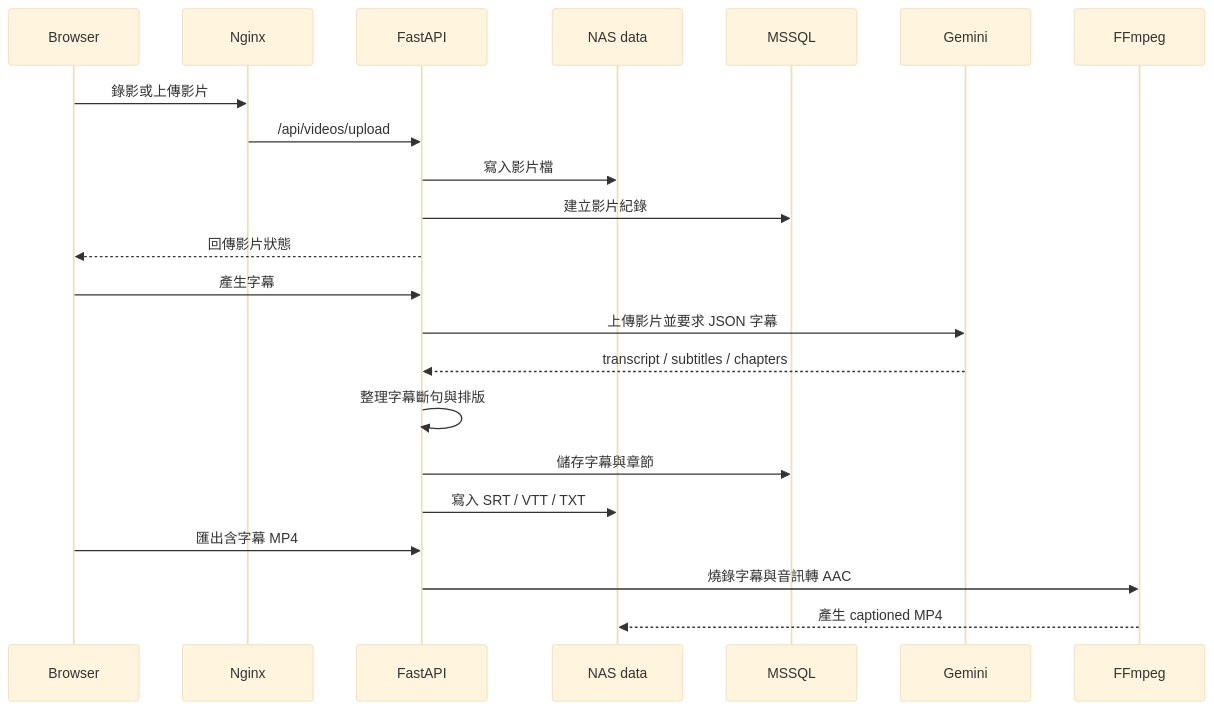
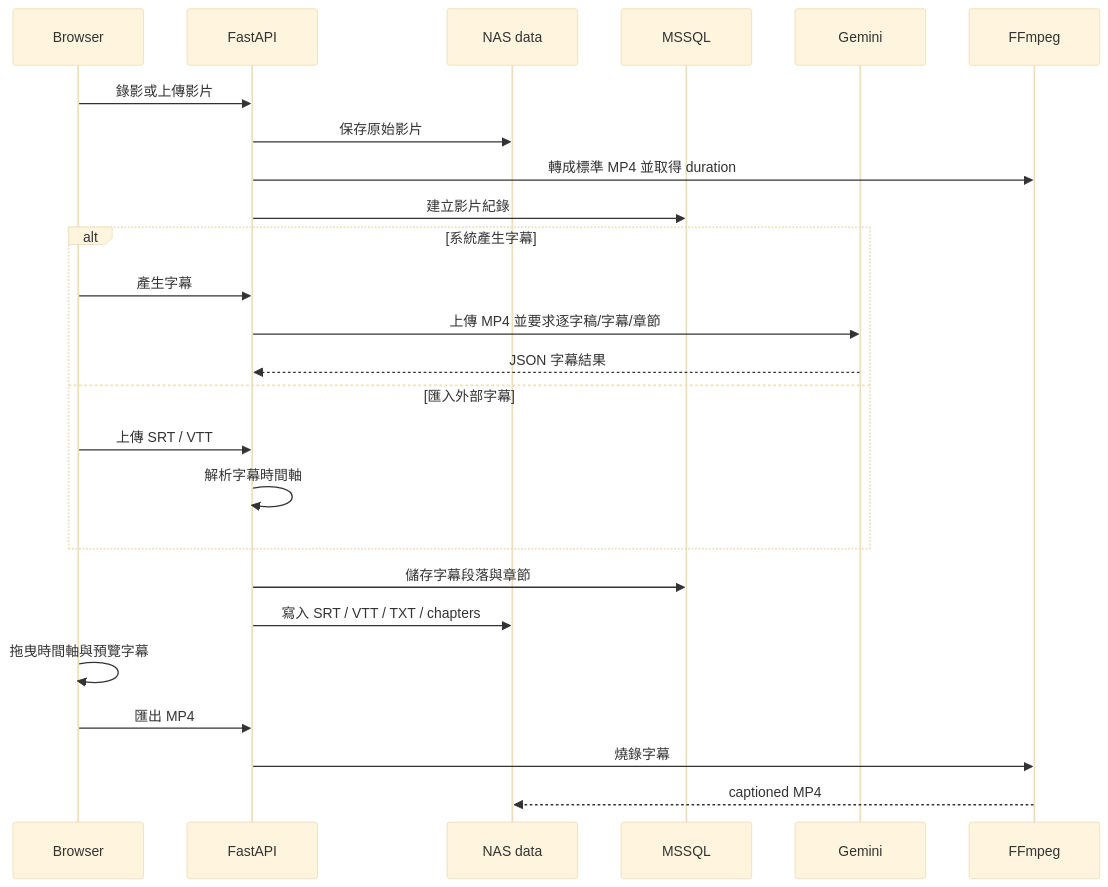
The second of 2 diagrams in README.md (kentislove/nas-subtitle-studio), drawn with Mermaid (base theme) before and after one commit. The commit also changed other lines of this file and 3 other files, not shown here.

````diff
--- a/README.md
+++ b/README.md
@@ -40,25 +92,30 @@
 ```mermaid
 sequenceDiagram
     participant B as Browser
-    participant N as Nginx
     participant A as FastAPI
     participant D as NAS data
     participant S as MSSQL
     participant G as Gemini
     participant F as FFmpeg
 
-    B->>N: 錄影或上傳影片
-    N->>A: /api/videos/upload
-    A->>D: 寫入影片檔
+    B->>A: 錄影或上傳影片
+    A->>D: 保存原始影片
+    A->>F: 轉成標準 MP4 並取得 duration
     A->>S: 建立影片紀錄
-    A-->>B: 回傳影片狀態
-    B->>A: 產生字幕
-    A->>G: 上傳影片並要求 JSON 字幕
-    G-->>A: transcript / subtitles / chapters
-    A->>A: 整理字幕斷句與排版
-    A->>S: 儲存字幕與章節
-    A->>D: 寫入 SRT / VTT / TXT
-    B->>A: 匯出含字幕 MP4
-    A->>F: 燒錄字幕與音訊轉 AAC
-    F-->>D: 產生 captioned MP4
+
+    alt 系統產生字幕
+        B->>A: 產生字幕
+        A->>G: 上傳 MP4 並要求逐字稿/字幕/章節
+        G-->>A: JSON 字幕結果
+    else 匯入外部字幕
+        B->>A: 上傳 SRT / VTT
+        A->>A: 解析字幕時間軸
+    end
+
+    A->>S: 儲存字幕段落與章節
+    A->>D: 寫入 SRT / VTT / TXT / chapters
+    B->>B: 拖曳時間軸與預覽字幕
+    B->>A: 匯出 MP4
+    A->>F: 燒錄字幕
+    F-->>D: captioned MP4
 ```
````
